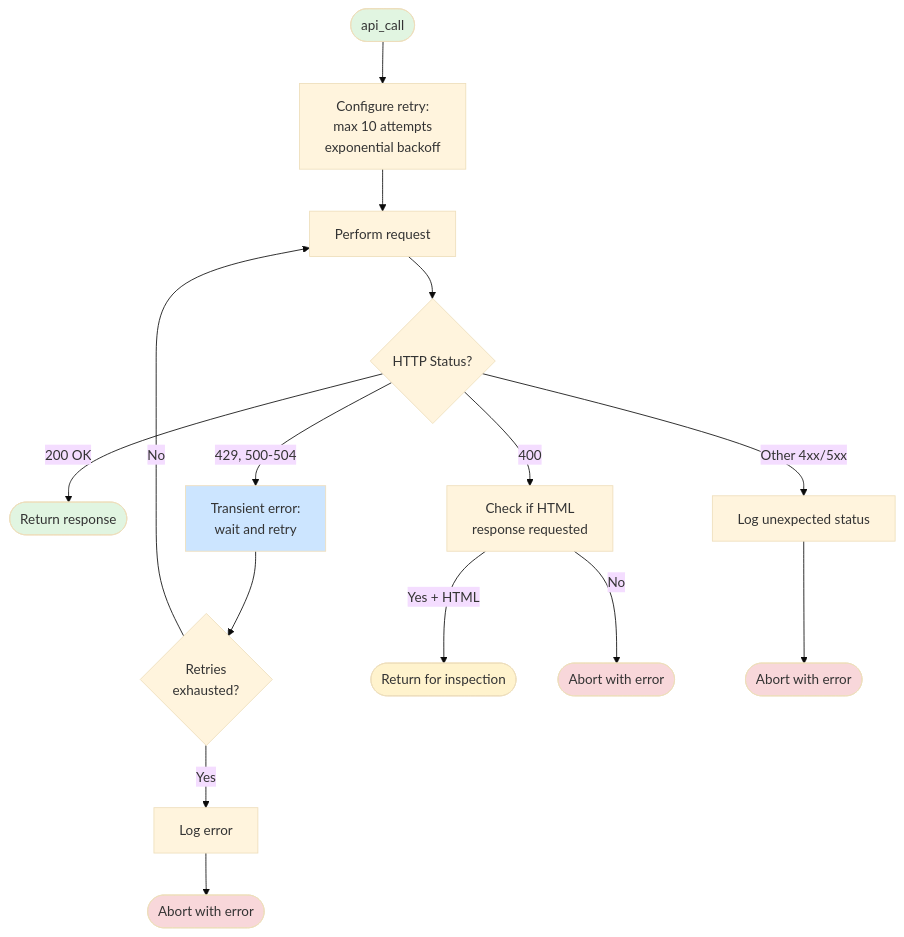
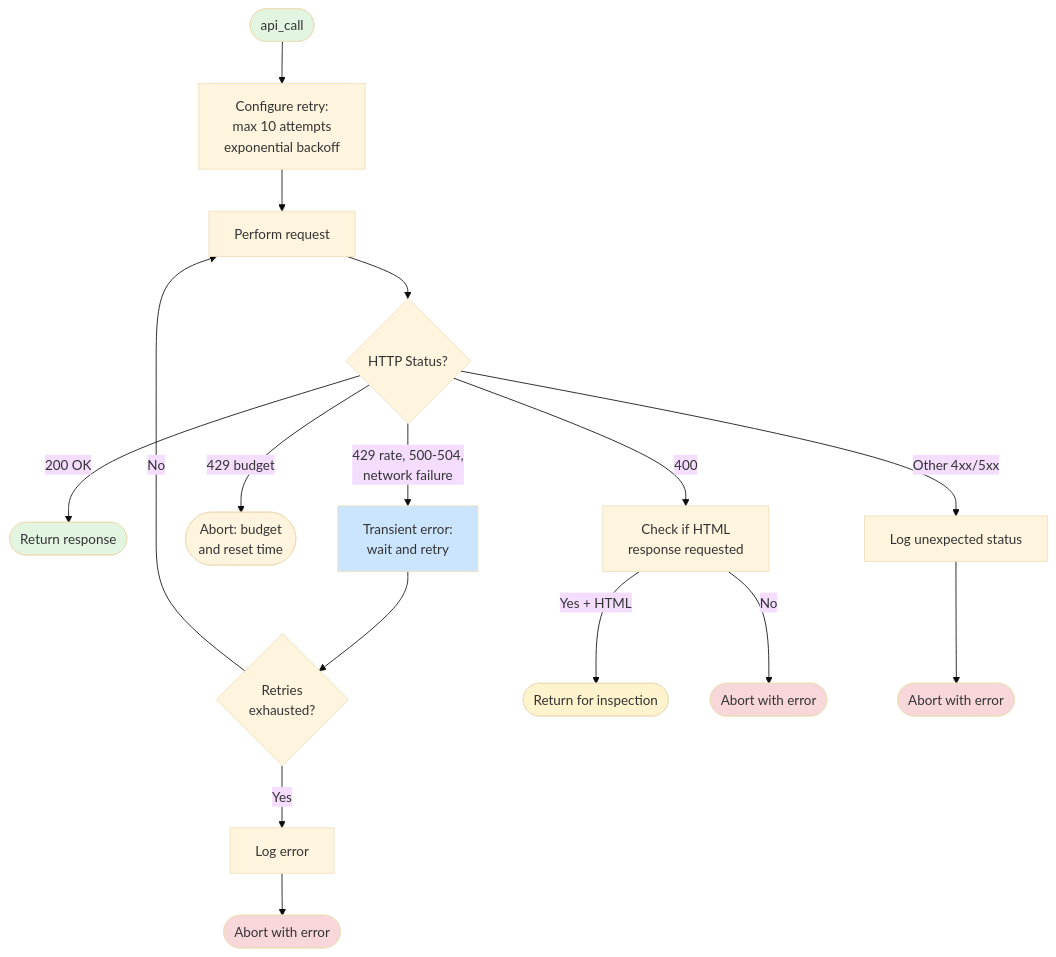
One commit to openalexPro/openalexPro changed the third of 6 diagrams in vignettes/pro_request.qmd. Above: the diagram before and after it, drawn with Mermaid (base theme). The commit also changed other lines of this file and 105 other files, not shown here.

````diff
--- a/vignettes/pro_request.qmd
+++ b/vignettes/pro_request.qmd
@@ -332,30 +499,31 @@
 ```{mermaid}
 flowchart TD
     Start([api_call]) --> ConfigRetry[Configure retry:<br/>max 10 attempts<br/>exponential backoff]
 
     ConfigRetry --> Perform[Perform request]
     Perform --> CheckStatus{HTTP Status?}
 
     CheckStatus -->|200 OK| ReturnSuccess([Return response])
 
-    CheckStatus -->|429, 500-504| Transient[Transient error:<br/>wait and retry]
+    CheckStatus -->|429 rate, 500-504,<br/>network failure| Transient[Transient error:<br/>wait and retry]
+    CheckStatus -->|429 budget| Abort0([Abort: budget<br/>and reset time])
     Transient --> RetryCount{Retries<br/>exhausted?}
     RetryCount -->|No| Perform
     RetryCount -->|Yes| LogError[Log error]
     LogError --> Abort1([Abort with error])
 
     CheckStatus -->|400| Check400[Check if HTML<br/>response requested]
     Check400 -->|Yes + HTML| Return400([Return for inspection])
     Check400 -->|No| Abort2([Abort with error])
 
     CheckStatus -->|Other 4xx/5xx| LogOther[Log unexpected status]
     LogOther --> Abort3([Abort with error])
 
     style Start fill:#e1f5e1
     style ReturnSuccess fill:#e1f5e1
     style Return400 fill:#fff3cd
     style Abort1 fill:#f8d7da
     style Abort2 fill:#f8d7da
     style Abort3 fill:#f8d7da
     style Transient fill:#cce5ff
 ```
````
